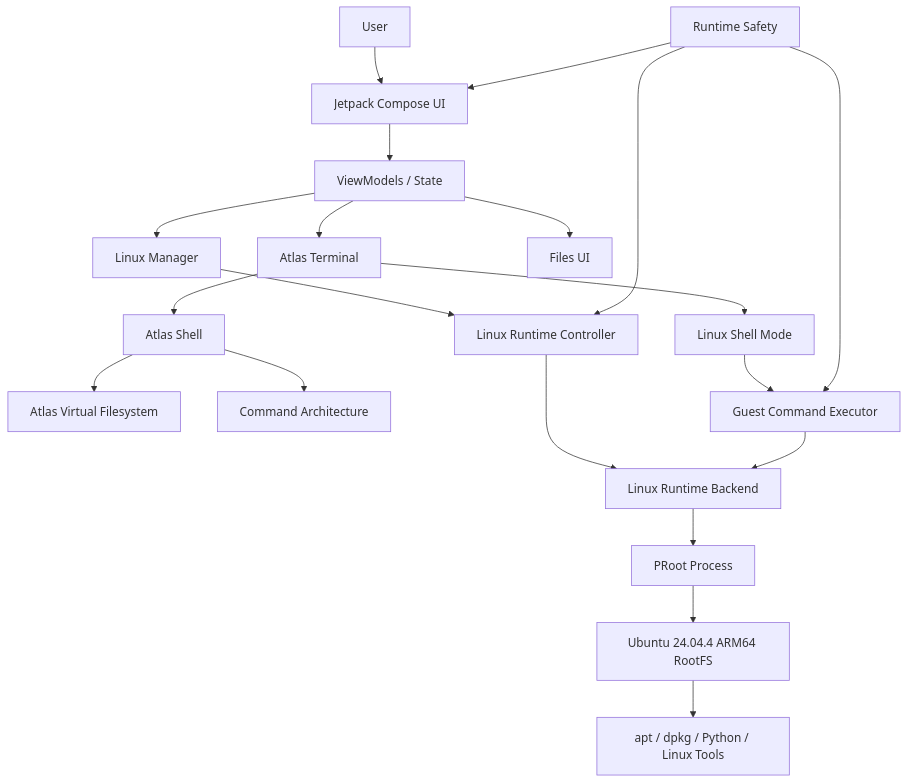
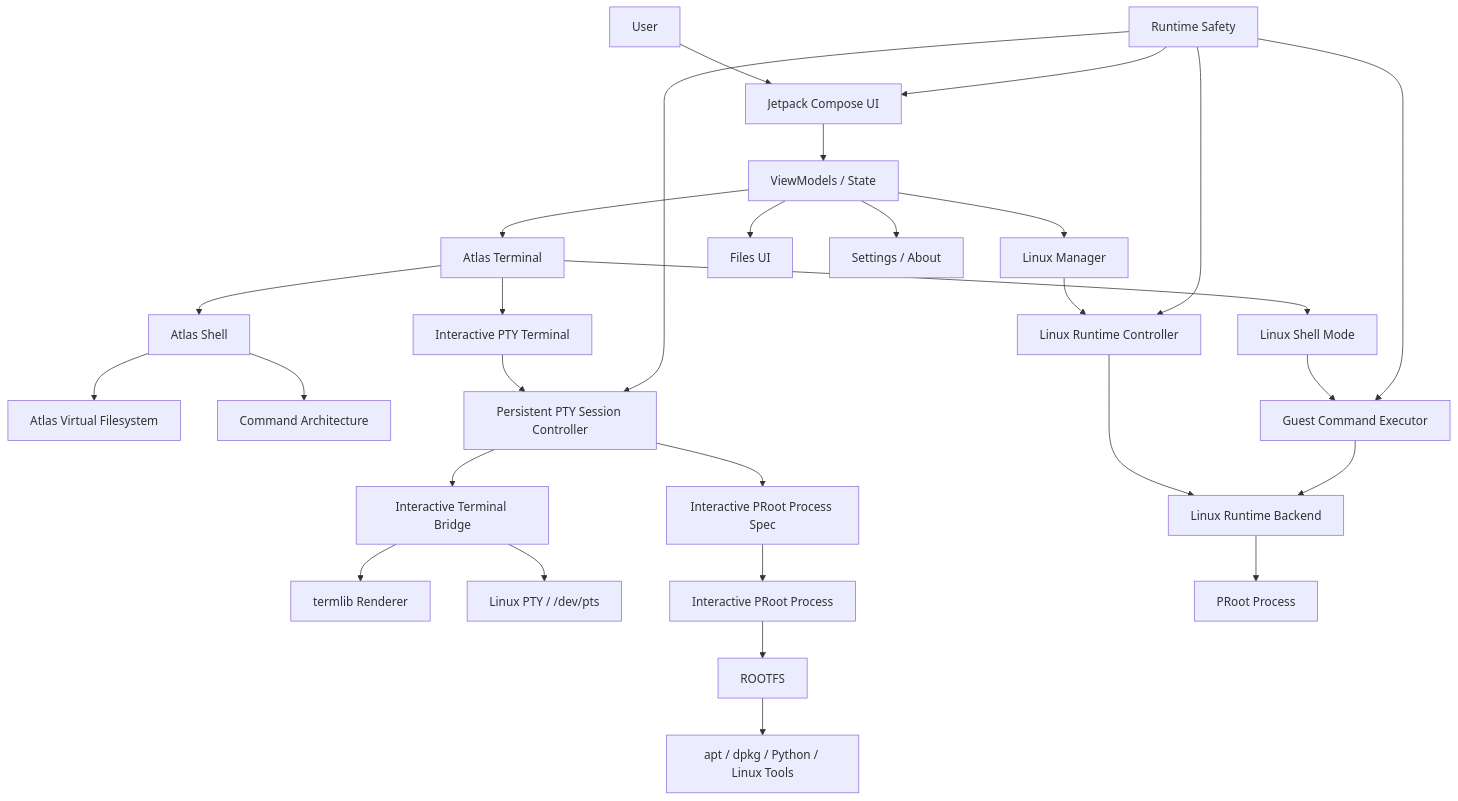
One commit to noahrose82/Atlas-Cyberdeck changed the first of 15 diagrams in docs/ARCHITECTURE.md. Above: the diagram before and after it, drawn with Mermaid. The commit also changed other lines of this file, not shown here.

Commit message:
docs: sync architecture with interactive PTY stack

````diff
--- a/docs/ARCHITECTURE.md
+++ b/docs/ARCHITECTURE.md
@@ -56,30 +58,41 @@
 ```mermaid
 flowchart TD
     USER["User"] --> UI["Jetpack Compose UI"]
 
     UI --> VM["ViewModels / State"]
     VM --> TERM["Atlas Terminal"]
     VM --> LINUXUI["Linux Manager"]
     VM --> FILES["Files UI"]
+    VM --> SETTINGS["Settings / About"]
 
     TERM --> SHELL["Atlas Shell"]
     TERM --> LSM["Linux Shell Mode"]
+    TERM --> PTY["Interactive PTY Terminal"]
 
     SHELL --> VFS["Atlas Virtual Filesystem"]
     SHELL --> CMD["Command Architecture"]
 
     LINUXUI --> CTRL["Linux Runtime Controller"]
     LSM --> EXEC["Guest Command Executor"]
 
+    PTY --> PTYCTRL["Persistent PTY Session Controller"]
+    PTYCTRL --> BRIDGE["Interactive Terminal Bridge"]
+    BRIDGE --> RENDER["termlib Renderer"]
+    BRIDGE --> PTYDEV["Linux PTY / /dev/pts"]
+
     CTRL --> BACKEND["Linux Runtime Backend"]
     EXEC --> BACKEND
 
+    PTYCTRL --> ISPEC["Interactive PRoot Process Spec"]
+    ISPEC --> IPROC["Interactive PRoot Process"]
+
     BACKEND --> PROOT["PRoot Process"]
-    PROOT --> ROOTFS["Ubuntu 24.04.4 ARM64 RootFS"]
+    IPROC --> ROOTFS
 
     SAFE["Runtime Safety"] --> CTRL
     SAFE --> EXEC
+    SAFE --> PTYCTRL
     SAFE --> UI
 
     ROOTFS --> TOOLS["apt / dpkg / Python / Linux Tools"]
 ```
````
